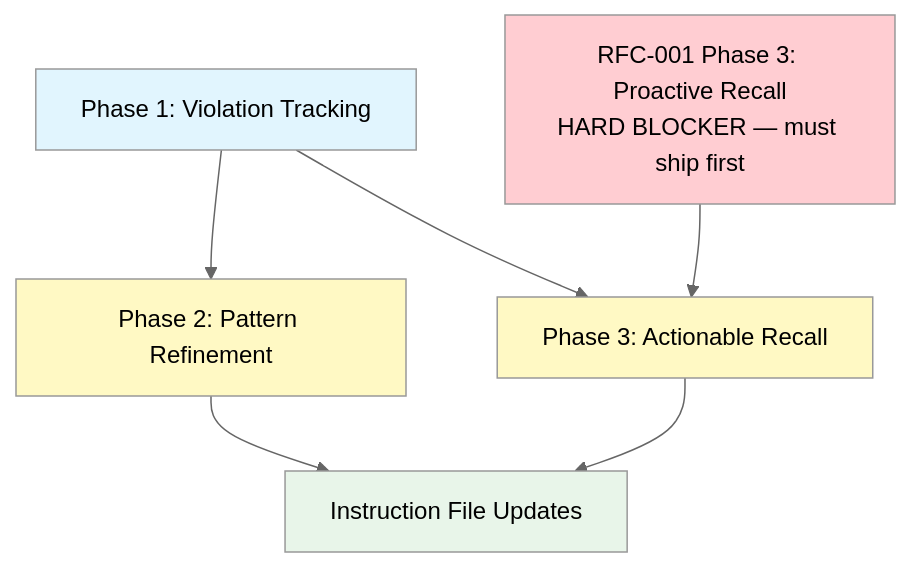
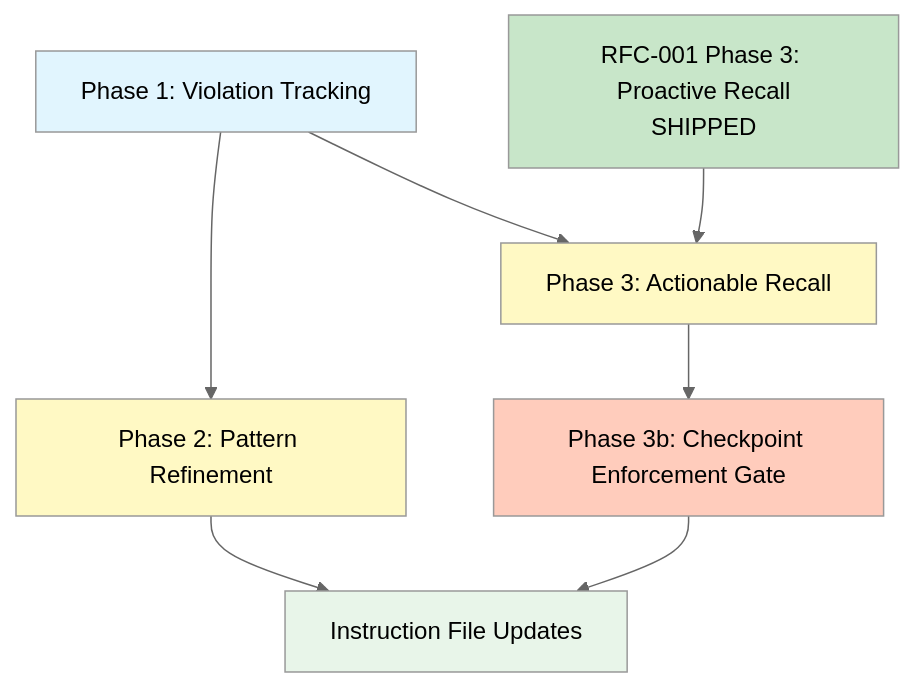
The diagram in docs/rfcs/RFC-002-learning-loop.md (lantisprime/episodic-memory), drawn with Mermaid (neutral theme) before and after one commit. The commit also changed other lines of this file, not shown here.

First line of the commit message:
docs: add Phase 3b Checkpoint Enforcement Gate to RFC-002

````diff
--- a/docs/rfcs/RFC-002-learning-loop.md
+++ b/docs/rfcs/RFC-002-learning-loop.md
@@ -229,23 +285,27 @@
 ```mermaid
 graph TD
-    RFC1P3[RFC-001 Phase 3: Proactive Recall<br/>HARD BLOCKER — must ship first]
+    RFC1P3[RFC-001 Phase 3: Proactive Recall<br/>SHIPPED]
     P1[Phase 1: Violation Tracking]
     P2[Phase 2: Pattern Refinement]
     P3[Phase 3: Actionable Recall]
+    P3b[Phase 3b: Checkpoint Enforcement Gate]
     INST[Instruction File Updates]
 
     P1 --> P2
     P1 --> P3
     RFC1P3 --> P3
+    P3 --> P3b
     P2 --> INST
-    P3 --> INST
+    P3b --> INST
 
-    classDef blocker fill:#ffcdd2
+    classDef shipped fill:#c8e6c9
     classDef tier1 fill:#e1f5fe
     classDef tier2 fill:#fff9c4
     classDef tier3 fill:#e8f5e9
-    class RFC1P3 blocker
+    classDef enforcement fill:#ffccbc
+    class RFC1P3 shipped
     class P1 tier1
     class P2,P3 tier2
+    class P3b enforcement
     class INST tier3
 ```
````
